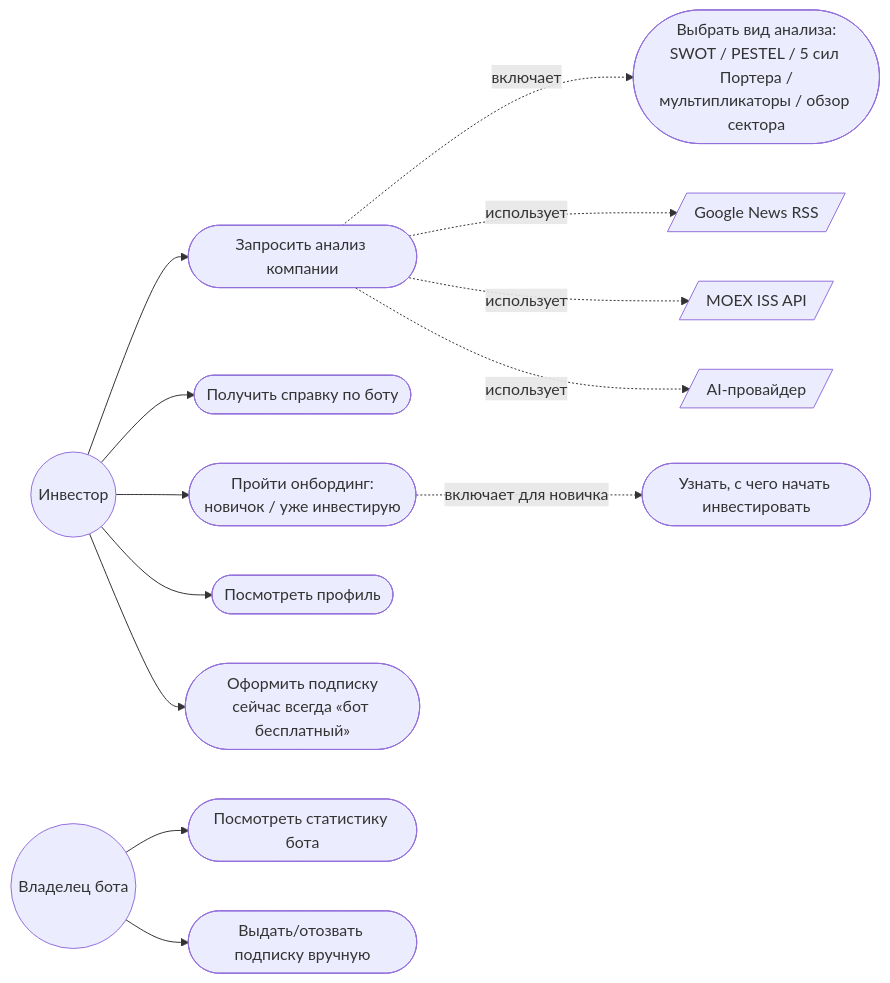
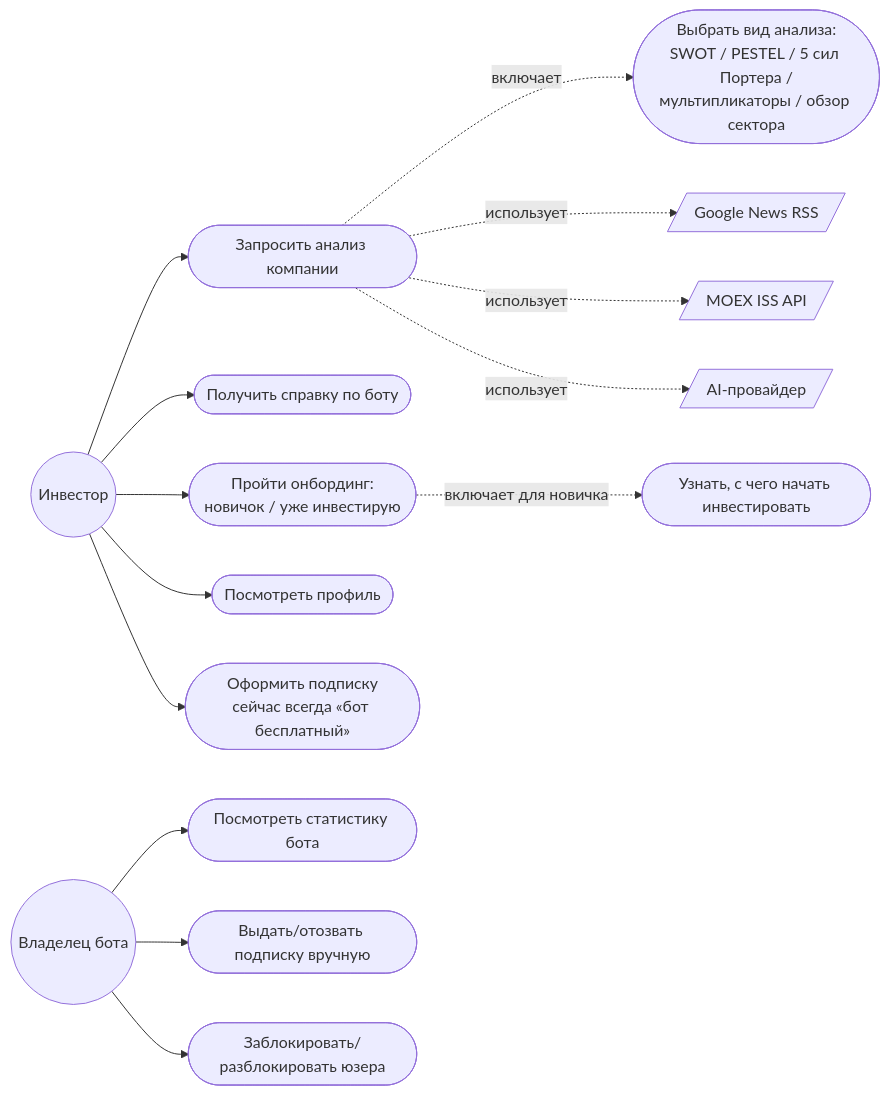
Before and after one commit to keshtoim/analysis_for_invest_bot: the fifth of 5 diagrams in README.md, drawn with Mermaid. The commit also changed other lines of this file, not shown here.

````diff
--- a/README.md
+++ b/README.md
@@ -307,31 +324,33 @@
 ```mermaid
 flowchart LR
     Investor((Инвестор))
     Owner((Владелец бота))
     News[/Google News RSS/]
     Moex[/MOEX ISS API/]
     AIExt[/AI-провайдер/]
 
     UC1([Запросить анализ компании])
     UC2([Выбрать вид анализа:<br/>SWOT / PESTEL / 5 сил Портера /<br/>мультипликаторы / обзор сектора])
     UC3([Получить справку по боту])
     UC4([Пройти онбординг:<br/>новичок / уже инвестирую])
     UC5([Узнать, с чего начать инвестировать])
     UC6([Посмотреть профиль])
     UC7([Оформить подписку<br/>сейчас всегда «бот бесплатный»])
     UC8([Посмотреть статистику бота])
     UC9([Выдать/отозвать подписку вручную])
+    UC10([Заблокировать/разблокировать юзера])
 
     Investor --> UC1
     Investor --> UC3
     Investor --> UC4
     Investor --> UC6
     Investor --> UC7
     Owner --> UC8
     Owner --> UC9
+    Owner --> UC10
     UC4 -.включает для новичка.-> UC5
     UC1 -.включает.-> UC2
     UC1 -.использует.-> News
     UC1 -.использует.-> Moex
     UC1 -.использует.-> AIExt
 ```
````
